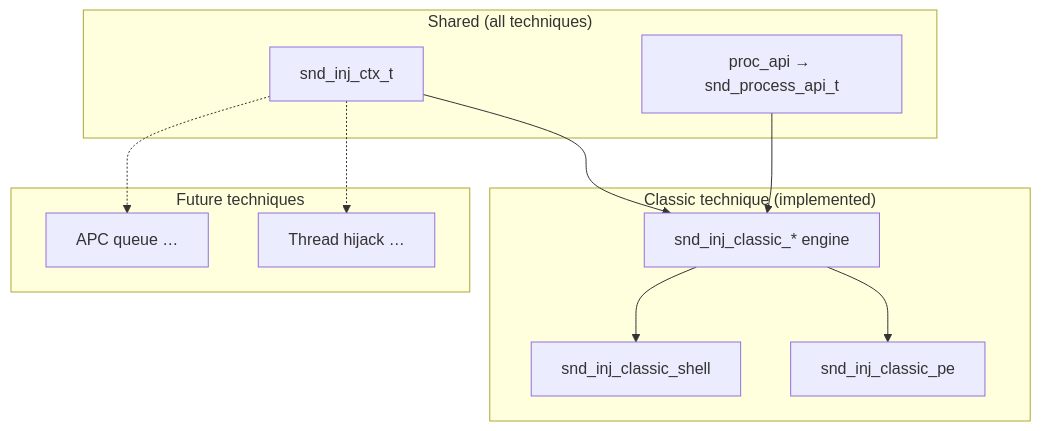
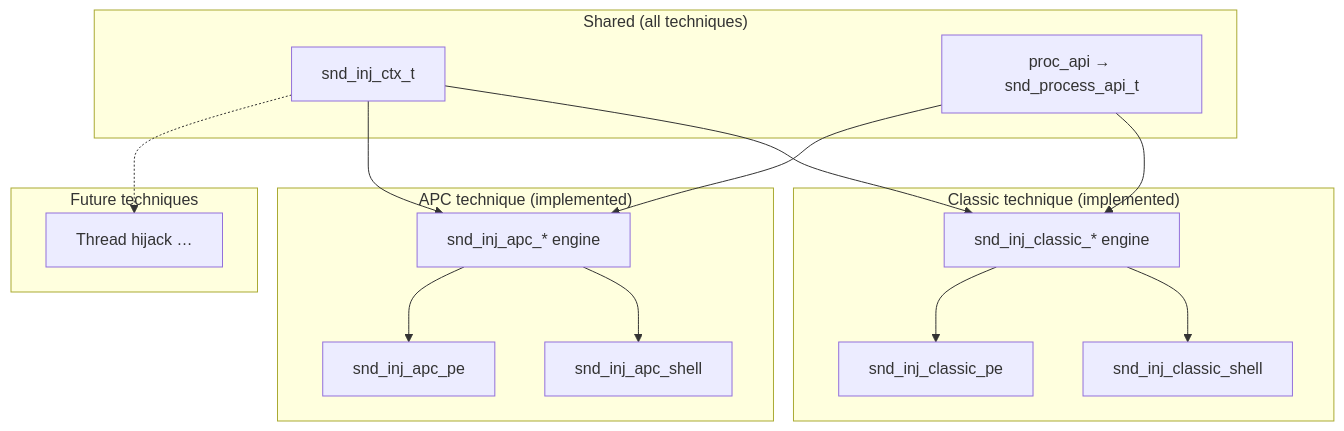
The diagram in docs/domains/injection/techniques.md (youssefnoob003/SindriKit), drawn with Mermaid before and after one commit. The commit also changed other lines of this file and 37 other files, not shown here.

````diff
--- a/docs/domains/injection/techniques.md
+++ b/docs/domains/injection/techniques.md
@@ -11,25 +11,33 @@
 ```mermaid
 flowchart TB
     subgraph shared ["Shared (all techniques)"]
         CTX["snd_inj_ctx_t"]
         PROC["proc_api → snd_process_api_t"]
     end
 
     subgraph classic ["Classic technique (implemented)"]
         ENG["snd_inj_classic_* engine"]
         SH["snd_inj_classic_shell"]
         PE["snd_inj_classic_pe"]
     end
 
     subgraph future ["Future techniques"]
-        APC["APC queue …"]
         HIJ["Thread hijack …"]
+    end
+
+    subgraph apc ["APC technique (implemented)"]
+        AENG["snd_inj_apc_* engine"]
+        ASH["snd_inj_apc_shell"]
+        APE["snd_inj_apc_pe"]
     end
 
     CTX --> ENG
     ENG --> SH
     ENG --> PE
-    CTX -.-> APC
+    CTX --> AENG
+    AENG --> ASH
+    AENG --> APE
     CTX -.-> HIJ
     PROC --> ENG
+    PROC --> AENG
 ```
````
